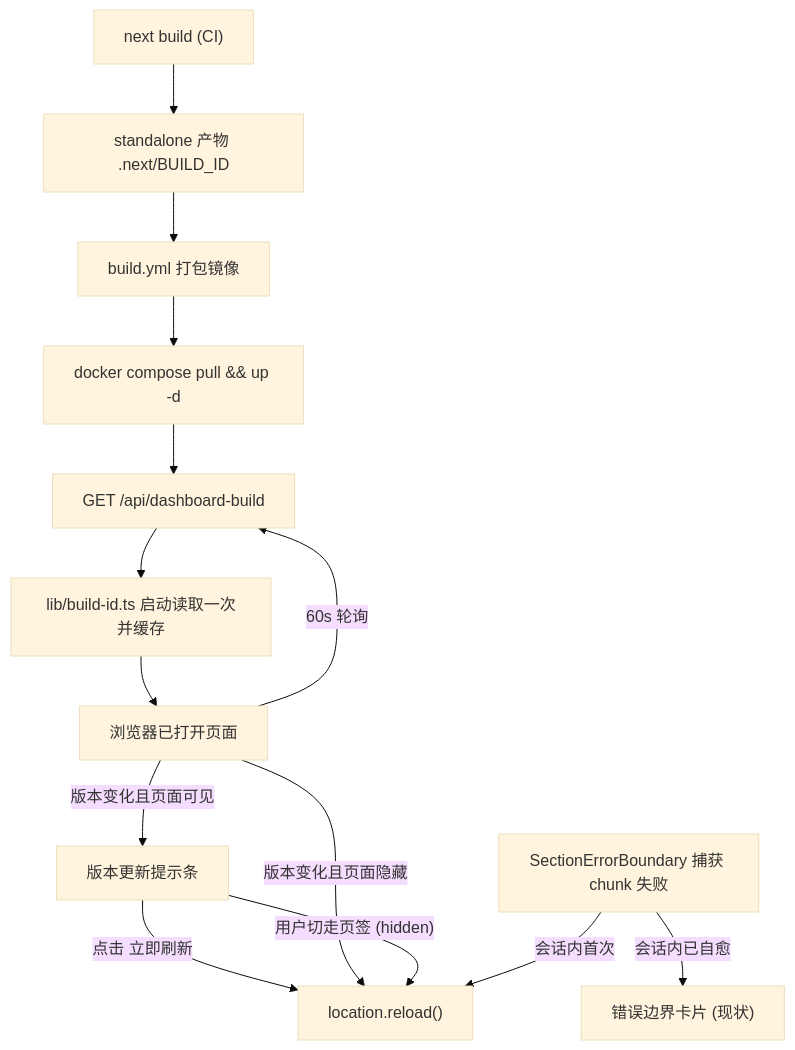
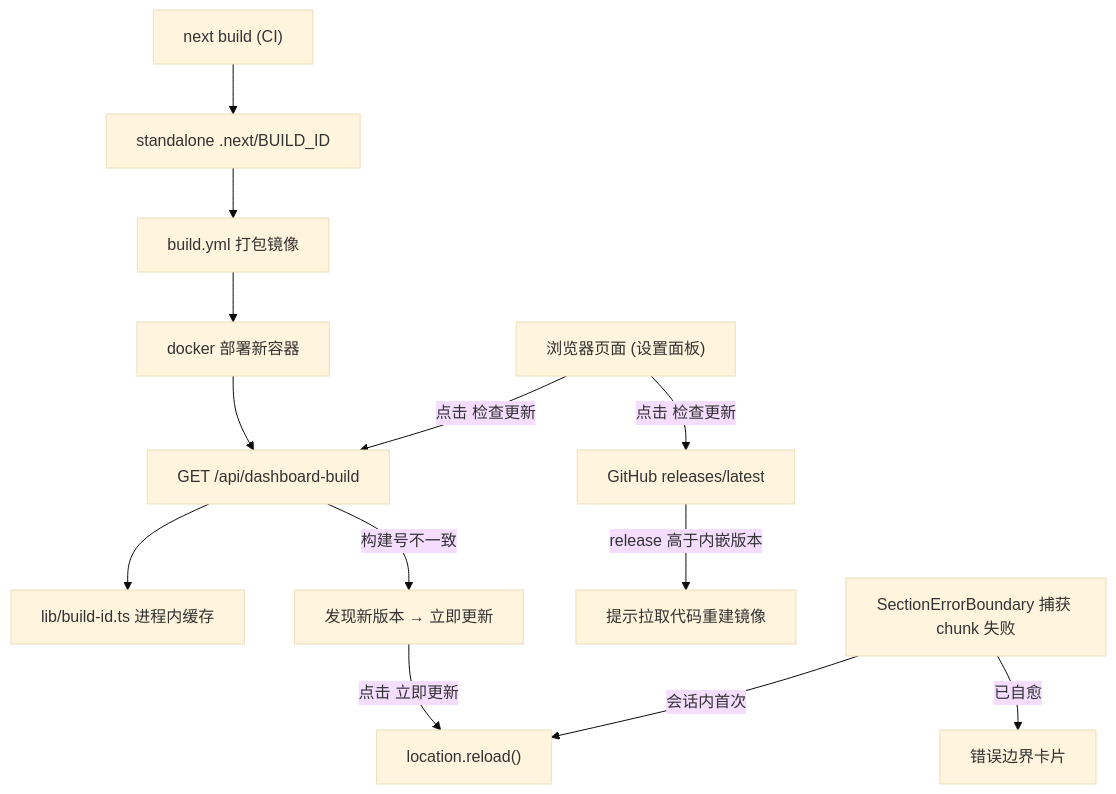
The second of 2 diagrams in .monkeycode/specs/hot-update-nav-fix/design.md (agentteams-group/agentteams-dashboard), drawn with Mermaid (base theme) before and after one commit. The commit also changed other lines of this file and 5 other files, not shown here.

````diff
--- a/.monkeycode/specs/hot-update-nav-fix/design.md
+++ b/.monkeycode/specs/hot-update-nav-fix/design.md
@@ -17,16 +34,15 @@
 ```mermaid
 graph TD
-    A["next build (CI)"] --> B["standalone 产物 .next/BUILD_ID"]
+    A["next build (CI)"] --> B["standalone .next/BUILD_ID"]
     B --> C["build.yml 打包镜像"]
-    C --> D["docker compose pull && up -d"]
+    C --> D["docker 部署新容器"]
     D --> E["GET /api/dashboard-build"]
-    E --> F["lib/build-id.ts 启动读取一次并缓存"]
-    P["浏览器已打开页面"] -->|"60s 轮询"| E
-    F --> P
-    P -->|"版本变化且页面可见"| H["版本更新提示条"]
-    H -->|"点击 立即刷新"| G["location.reload()"]
-    P -->|"版本变化且页面隐藏"| G
-    H -->|"用户切走页签 (hidden)"| G
-    I["SectionErrorBoundary 捕获 chunk 失败"] -->|"会话内首次"| G
-    I -->|"会话内已自愈"| J["错误边界卡片 (现状)"]
+    E --> F["lib/build-id.ts 进程内缓存"]
+    P["浏览器页面 (设置面板)"] -->|"点击 检查更新"| E
+    P -->|"点击 检查更新"| G["GitHub releases/latest"]
+    E -->|"构建号不一致"| H["发现新版本 → 立即更新"]
+    G -->|"release 高于内嵌版本"| I["提示拉取代码重建镜像"]
+    H -->|"点击 立即更新"| J["location.reload()"]
+    K["SectionErrorBoundary 捕获 chunk 失败"] -->|"会话内首次"| J
+    K -->|"已自愈"| L["错误边界卡片"]
 ```
````
